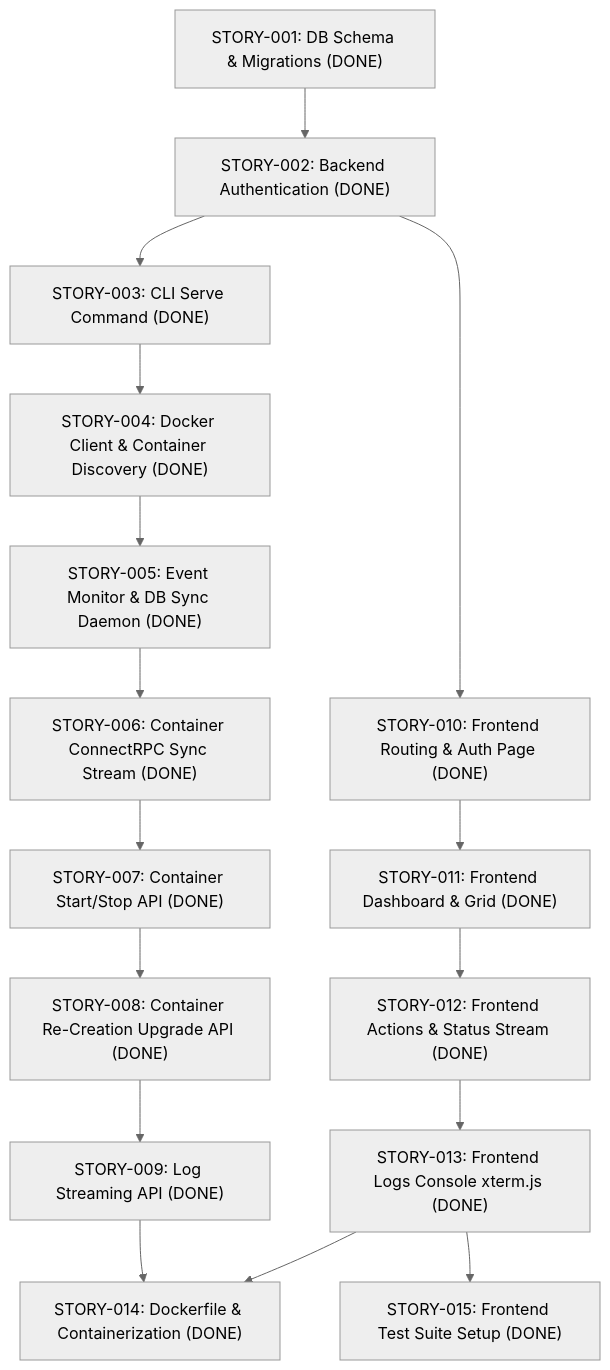
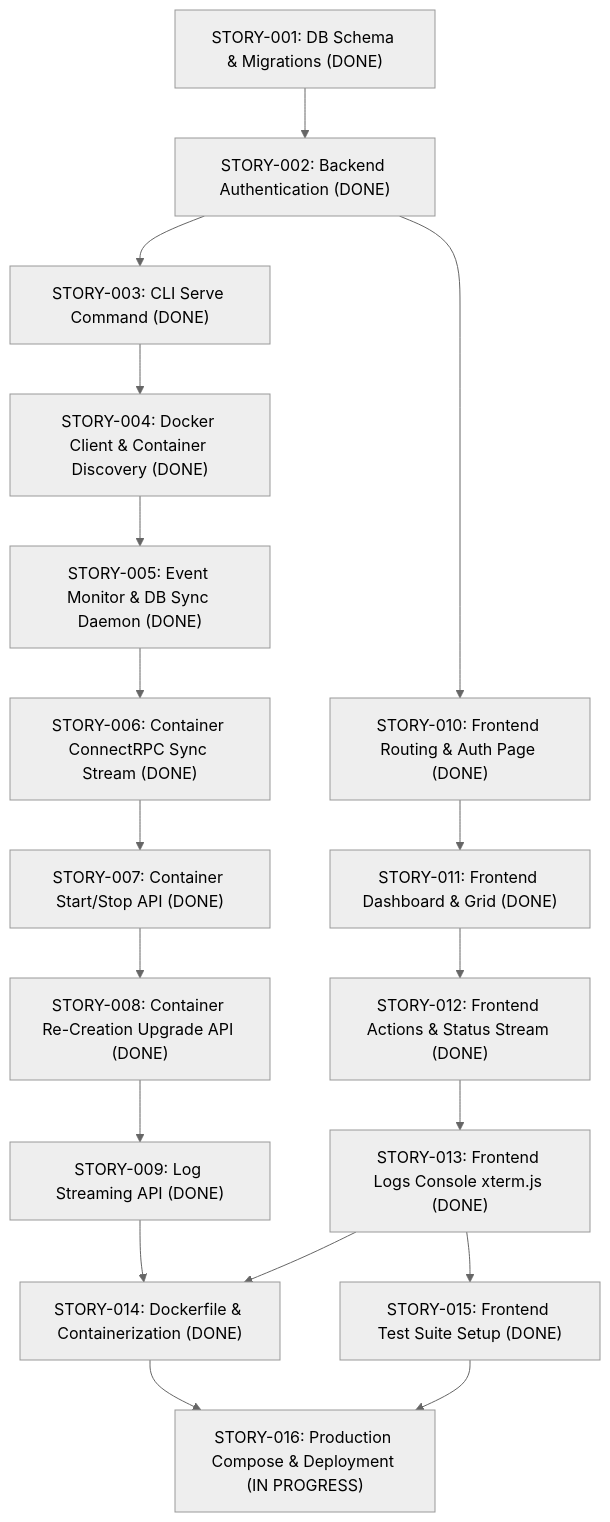
Before and after one commit to noosxe/dmanager: the diagram in docs/stories.md, drawn with Mermaid (neutral theme). The commit also changed other lines of this file and 2 other files, not shown here.

````diff
--- a/docs/stories.md
+++ b/docs/stories.md
@@ -5,18 +5,20 @@
 ```mermaid
 graph TD
     S1["STORY-001: DB Schema & Migrations (DONE)"] --> S2["STORY-002: Backend Authentication (DONE)"]
     S2 --> S3["STORY-003: CLI Serve Command (DONE)"]
     S3 --> S4["STORY-004: Docker Client & Container Discovery (DONE)"]
     S4 --> S5["STORY-005: Event Monitor & DB Sync Daemon (DONE)"]
     S5 --> S6["STORY-006: Container ConnectRPC Sync Stream (DONE)"]
     S6 --> S7["STORY-007: Container Start/Stop API (DONE)"]
     S7 --> S8["STORY-008: Container Re-Creation Upgrade API (DONE)"]
     S8 --> S9["STORY-009: Log Streaming API (DONE)"]
     S2 --> F1["STORY-010: Frontend Routing & Auth Page (DONE)"]
     F1 --> F2["STORY-011: Frontend Dashboard & Grid (DONE)"]
     F2 --> F3["STORY-012: Frontend Actions & Status Stream (DONE)"]
     F3 --> F4["STORY-013: Frontend Logs Console xterm.js (DONE)"]
     S9 --> S14["STORY-014: Dockerfile & Containerization (DONE)"]
     F4 --> S14
     F4 --> F5["STORY-015: Frontend Test Suite Setup (DONE)"]
+    S14 --> S16["STORY-016: Production Compose & Deployment (IN PROGRESS)"]
+    F5 --> S16
 ```
````
